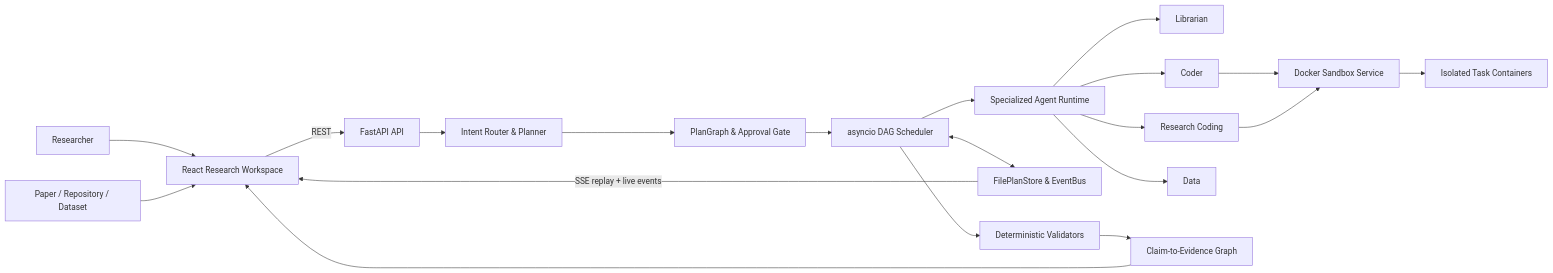
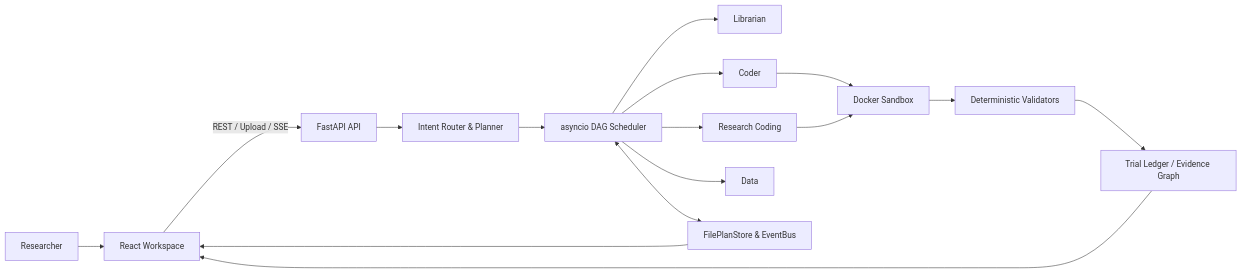
Before and after one commit to tutudouzi12/ReproPilot: the diagram in README.md, drawn with Mermaid. The commit also changed other lines of this file and 7 other files, not shown here.

````diff
--- a/README.md
+++ b/README.md
@@ -67,27 +51,21 @@
 ```mermaid
 flowchart LR
-    U[Researcher] --> W[React Research Workspace]
-    F[Paper / Repository / Dataset] --> W
+    U[Researcher] --> W[React Workspace]
+    W -->|REST / Upload / SSE| API[FastAPI API]
+    API --> P[Intent Router & Planner]
+    P --> S[asyncio DAG Scheduler]
 
-    W -->|REST| API[FastAPI API]
-    API --> P[Intent Router & Planner]
-    P --> G[PlanGraph & Approval Gate]
-    G --> S[asyncio DAG Scheduler]
+    S --> L[Librarian]
+    S --> C[Coder]
+    S --> R[Research Coding]
+    S --> D[Data]
 
-    S --> A[Specialized Agent Runtime]
-    A --> L[Librarian]
-    A --> C[Coder]
-    A --> R[Research Coding]
-    A --> D[Data]
-
-    C --> X[Docker Sandbox Service]
+    C --> X[Docker Sandbox]
     R --> X
-    X --> K[Isolated Task Containers]
+    X --> V[Deterministic Validators]
+    V --> E[Trial Ledger / Evidence Graph]
 
     S <--> ST[FilePlanStore & EventBus]
-    S --> V[Deterministic Validators]
-    V --> E[Claim-to-Evidence Graph]
-
-    ST -->|SSE replay + live events| W
+    ST --> W
     E --> W
 ```
````
